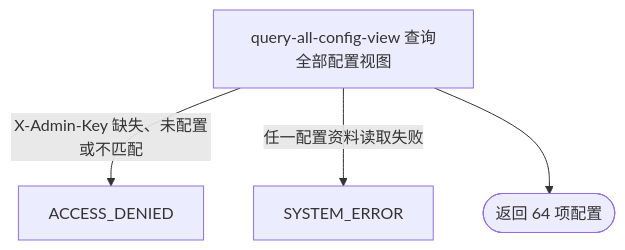
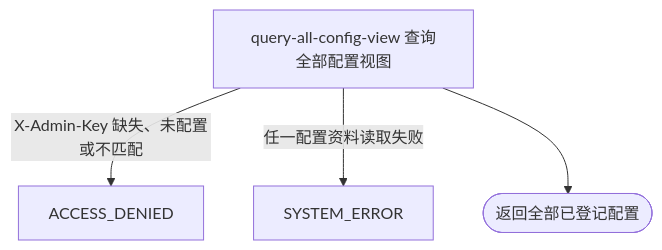
Before and after one commit to chxt100016/Rally: the diagram in blueprint/spec/platform-config/all-config-query/query-all-config.md, drawn with Mermaid. The commit also changed other lines of this file and 53 other files, not shown here.

````diff
--- a/blueprint/spec/platform-config/all-config-query/query-all-config.md
+++ b/blueprint/spec/platform-config/all-config-query/query-all-config.md
@@ -27,6 +27,6 @@
 ```mermaid
 flowchart TD
     A[query-all-config-view 查询全部配置视图] -->|X-Admin-Key 缺失、未配置或不匹配| E1[ACCESS_DENIED]
     A -->|任一配置资料读取失败| E2[SYSTEM_ERROR]
-    A --> S([返回 64 项配置])
+    A --> S([返回全部已登记配置])
 ```
````
